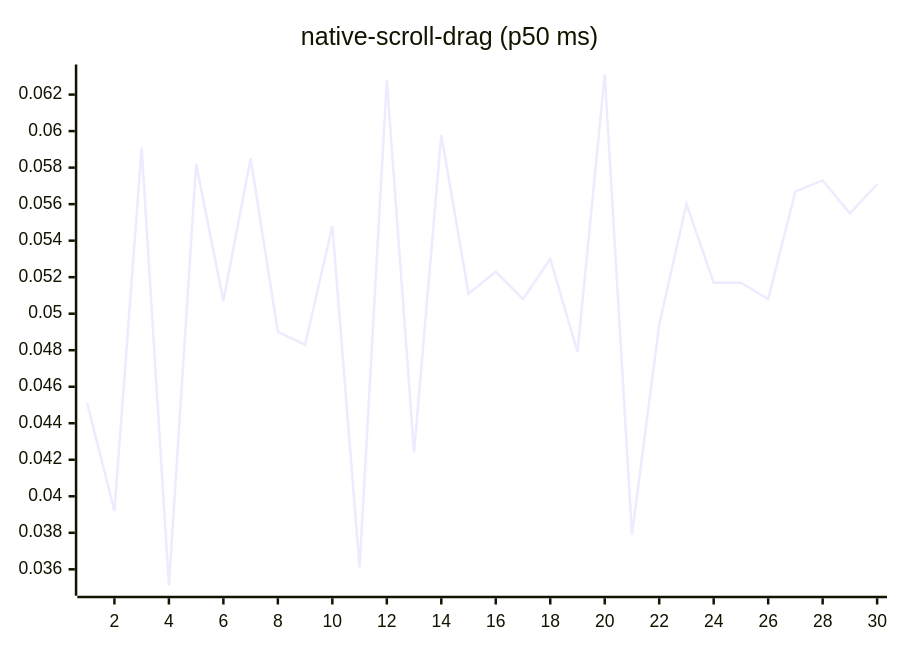
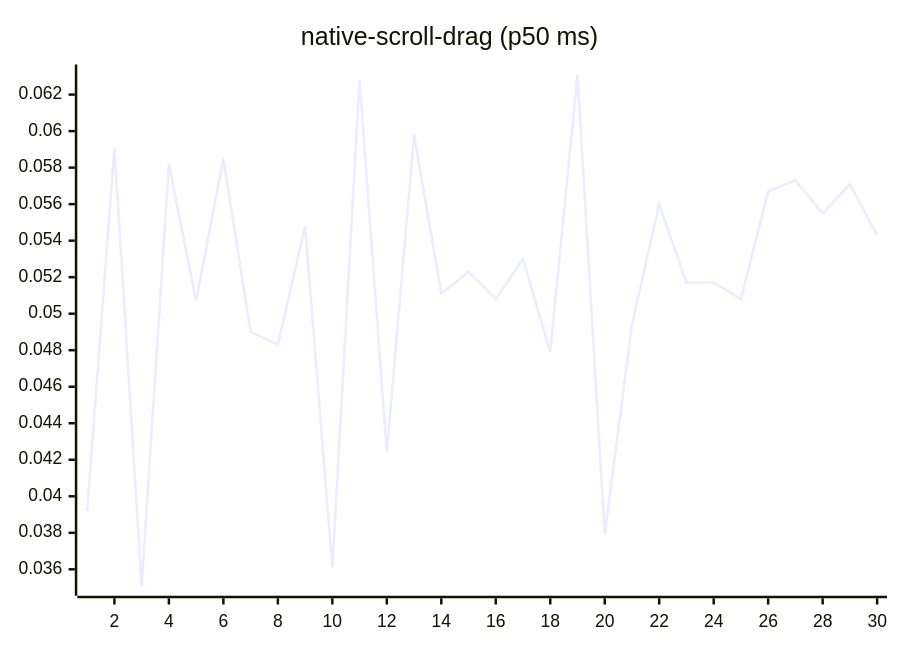
Diagram 14 of 27 in README.md (josha/Facet), drawn with Mermaid before and after one commit. The commit also changed other lines of this file and 2 other files, not shown here.

````diff
--- a/README.md
+++ b/README.md
@@ -154,6 +154,6 @@
 ```mermaid
 xychart-beta
     title "native-scroll-drag (p50 ms)"
     x-axis 1 --> 30
-    line [0.0451, 0.0392, 0.0591, 0.0351, 0.0582, 0.0507, 0.0585, 0.0490, 0.0483, 0.0548, 0.0361, 0.0628, 0.0424, 0.0598, 0.0511, 0.0523, 0.0508, 0.0530, 0.0479, 0.0631, 0.0379, 0.0494, 0.0560, 0.0517, 0.0517, 0.0508, 0.0567, 0.0573, 0.0555, 0.0571]
+    line [0.0392, 0.0591, 0.0351, 0.0582, 0.0507, 0.0585, 0.0490, 0.0483, 0.0548, 0.0361, 0.0628, 0.0424, 0.0598, 0.0511, 0.0523, 0.0508, 0.0530, 0.0479, 0.0631, 0.0379, 0.0494, 0.0560, 0.0517, 0.0517, 0.0508, 0.0567, 0.0573, 0.0555, 0.0571, 0.0543]
 ```
````
